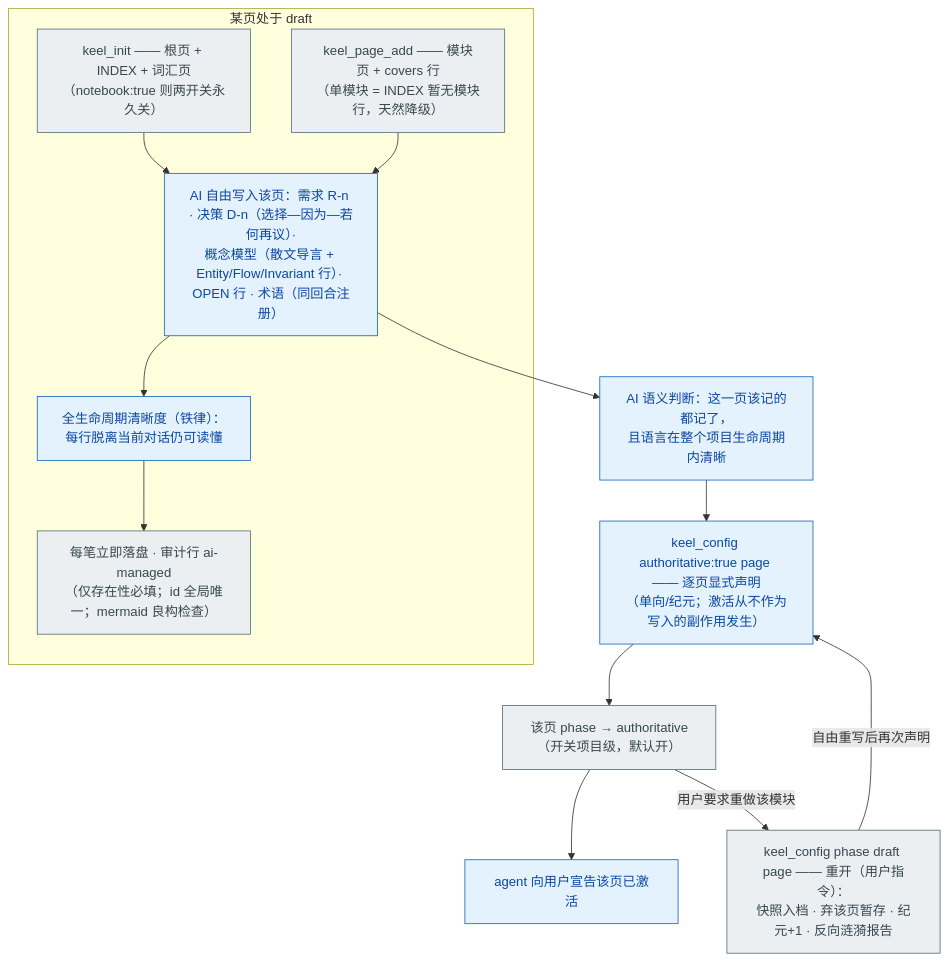
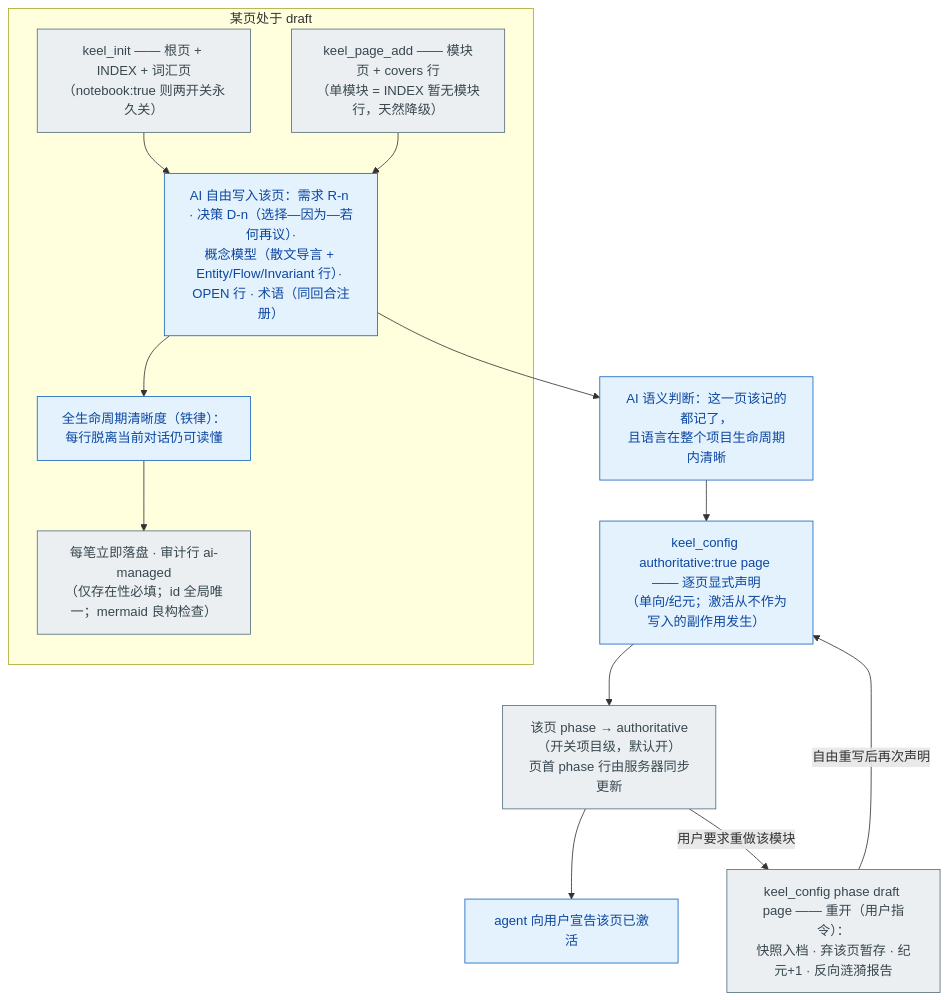
One commit to maxi3777/Keel changed the third of 13 diagrams in docs/MENTAL-MODEL.md. Above: the diagram before and after it, drawn with Mermaid. The commit also changed other lines of this file and 9 other files, not shown here.

````diff
--- a/docs/MENTAL-MODEL.md
+++ b/docs/MENTAL-MODEL.md
@@ -85,25 +85,25 @@
 ```mermaid
 flowchart TD
     subgraph D["某页处于 draft"]
     INIT["keel_init —— 根页 + INDEX + 词汇页<br/>（notebook:true 则两开关永久关）"]:::mech
     PADD["keel_page_add —— 模块页 + covers 行<br/>（单模块 = INDEX 暂无模块行，天然降级）"]:::mech
     FREE["AI 自由写入该页：需求 R-n · 决策 D-n（选择—因为—若何再议）·<br/>概念模型（散文导言 + Entity/Flow/Invariant 行）· OPEN 行 · 术语（同回合注册）"]:::ai
     CLEAR["全生命周期清晰度（铁律）：每行脱离当前对话仍可读懂"]:::ai
     LOGD["每笔立即落盘 · 审计行 ai-managed<br/>（仅存在性必填；id 全局唯一；mermaid 良构检查）"]:::mech
     end
     JUDGE["AI 语义判断：这一页该记的都记了，<br/>且语言在整个项目生命周期内清晰"]:::ai
     DECLARE["keel_config authoritative:true page —— 逐页显式声明<br/>（单向/纪元；激活从不作为写入的副作用发生）"]:::ai
-    ACT["该页 phase → authoritative（开关项目级，默认开）"]:::mech
+    ACT["该页 phase → authoritative（开关项目级，默认开）<br/>页首 phase 行由服务器同步更新"]:::mech
     TELL["agent 向用户宣告该页已激活"]:::ai
     REOPEN["keel_config phase draft page —— 重开（用户指令）：<br/>快照入档 · 弃该页暂存 · 纪元+1 · 反向涟漪报告"]:::mech
 
     INIT --> FREE
     PADD --> FREE
     FREE --> CLEAR --> LOGD
     FREE --> JUDGE --> DECLARE --> ACT --> TELL
     ACT -->|"用户要求重做该模块"| REOPEN
     REOPEN -->|"自由重写后再次声明"| DECLARE
     classDef human fill:#e8f5e9,stroke:#2e7d32,color:#1b5e20
     classDef ai fill:#e3f2fd,stroke:#1565c0,color:#0d47a1
     classDef mech fill:#eceff1,stroke:#546e7a,color:#37474f
 ```
````
